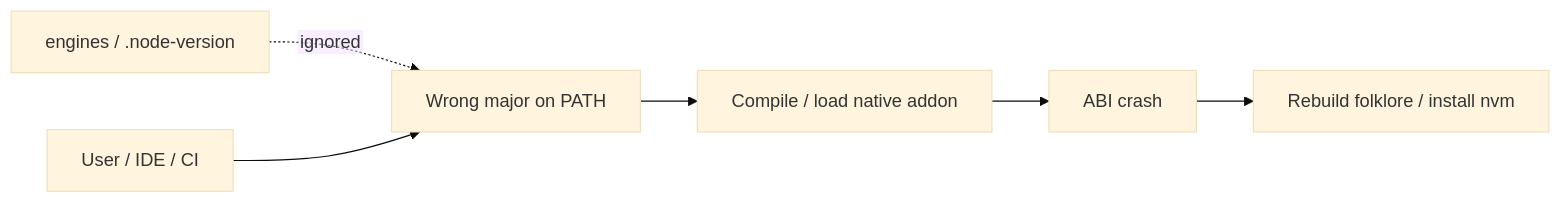
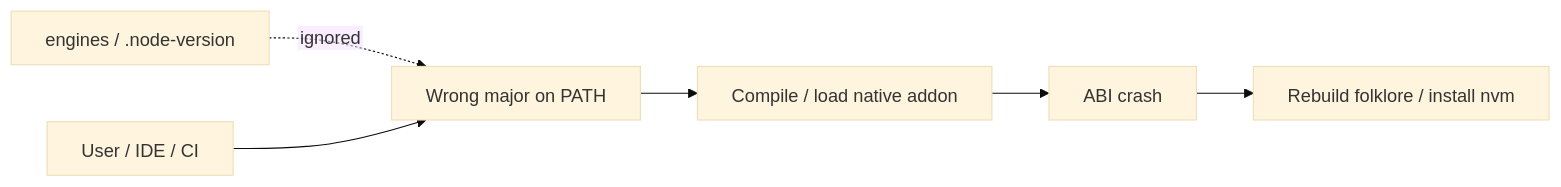
The diagram in docs/modules/ROOT/partials/diagrams/declaration-without-dispatch.mmd (openshellorg/shell-architecture), drawn with Mermaid before and after one commit. The commit also changed 57 other files, not shown here.

Commit message:
Add dual-output themed SVG architecture pipeline

```diff
--- a/docs/modules/ROOT/partials/diagrams/declaration-without-dispatch.mmd
+++ b/docs/modules/ROOT/partials/diagrams/declaration-without-dispatch.mmd
@@ -1,7 +1,7 @@
-%%{init: {"flowchart": {"htmlLabels": false}, "theme": "base"}}%%
+%%{init: {"htmlLabels": false, "flowchart": {"htmlLabels": false}, "theme": "base"}}%%
 flowchart LR
   Pin[engines / .node-version] -.->|ignored| Wrong[Wrong major on PATH]
   User[User / IDE / CI] --> Wrong
   Wrong --> Native[Compile / load native addon]
   Native --> Boom[ABI crash]
   Boom --> Folklore[Rebuild folklore / install nvm]
```
